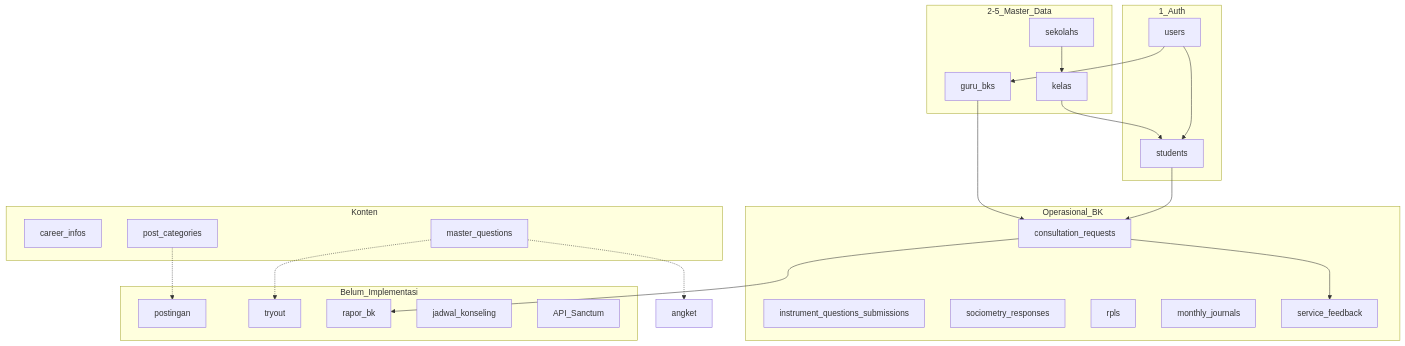
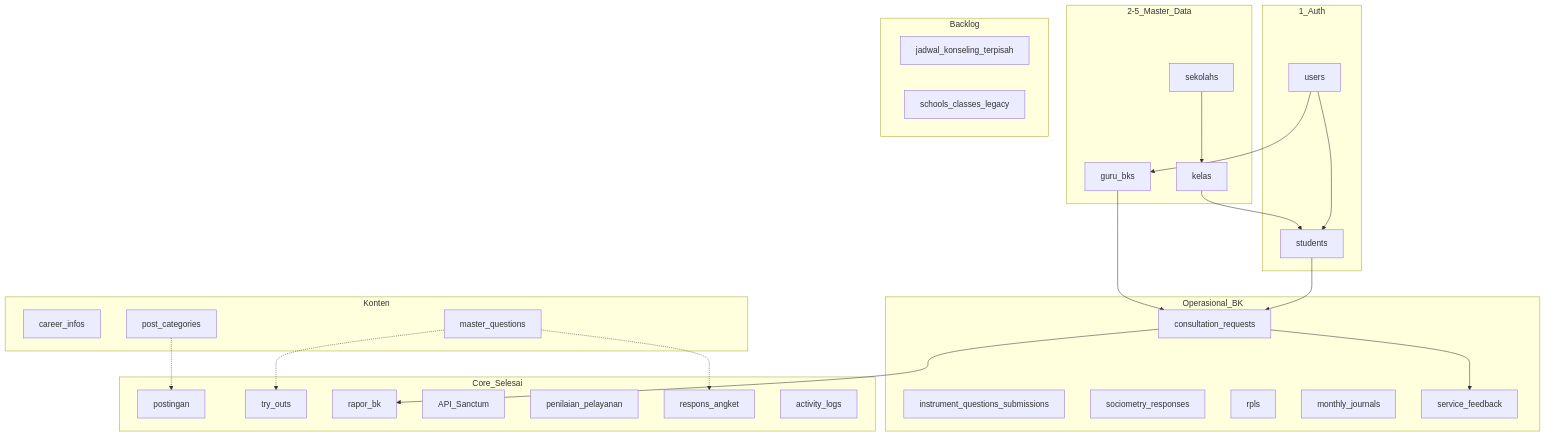
Before and after one commit to rackksstar/sistembk: the diagram in docs/FEATURE_BREAKDOWN.md, drawn with Mermaid. The commit also changed other lines of this file and 23 other files, not shown here.

First line of the commit message:
Perbaiki gap audit modul core: dashboard jadwal, API siswa NISN, docs sync, test Phase 3.

````diff
--- a/docs/FEATURE_BREAKDOWN.md
+++ b/docs/FEATURE_BREAKDOWN.md
@@ -57,49 +61,56 @@
 ```mermaid
 flowchart TB
     subgraph auth [1_Auth]
         users[users]
         students[students]
     end
 
     subgraph master [2-5_Master_Data]
         sekolahs[sekolahs]
         kelas[kelas]
         guru_bks[guru_bks]
         students
     end
 
     subgraph bk_ops [Operasional_BK]
         consultations[consultation_requests]
         instruments[instrument_questions_submissions]
         sociometry[sociometry_responses]
         rpls[rpls]
         journals[monthly_journals]
         feedback[service_feedback]
     end
 
     subgraph content [Konten]
         careers[career_infos]
         post_cat[post_categories]
         master_q[master_questions]
     end
 
-    subgraph belum [Belum_Implementasi]
+    subgraph belum [Backlog]
+        jadwal[jadwal_konseling_terpisah]
+        schools_dup[schools_classes_legacy]
+    end
+
+    subgraph core_done [Core_Selesai]
         postingan[postingan]
-        tryout[tryout]
+        tryout[try_outs]
         rapor[rapor_bk]
-        jadwal[jadwal_konseling]
         api[API_Sanctum]
+        penilaian[penilaian_pelayanan]
+        angket[respons_angket]
+        actlog[activity_logs]
     end
 
     users --> guru_bks
     users --> students
     sekolahs --> kelas
     kelas --> students
     students --> consultations
     guru_bks --> consultations
     master_q -.-> tryout
     master_q -.-> angket
     post_cat -.-> postingan
     consultations --> feedback
     consultations --> rapor
 ```
````
